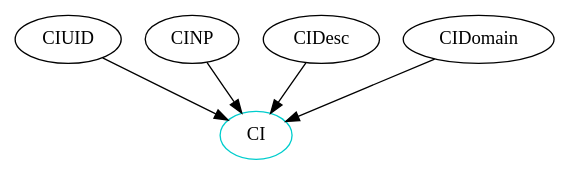
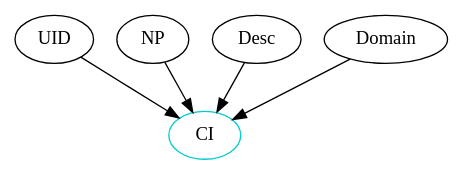
Before and after one commit to JacquesCarette/Drasil: the diagram in People/Anthony/Type_Dependency_Graphs/JoinedTypes/June_18_2021/CI.dot, drawn with Graphviz. The commit also changed 20 other files, not shown here.

```diff
--- a/People/Anthony/Type_Dependency_Graphs/JoinedTypes/June_18_2021/CI.dot
+++ b/People/Anthony/Type_Dependency_Graphs/JoinedTypes/June_18_2021/CI.dot
@@ -1,17 +1,17 @@
 digraph ci {
 	/* relationships between independent and dependent components */
-	CIUID -> CI;
-    CINP -> CI;
-    CIDesc -> CI;
-    CIDomain -> CI;
+	UID -> CI;
+    NP -> CI;
+    Desc -> CI;
+    Domain -> CI;
     
 	/* definitions for each type component */
 	CI 	    [shape=oval, color=cyan3, label="CI"];
     /*CIUID [shape=oval, color=cyan3, label="UID"];
     CINP [shape=oval, color=cyan3, label="Term (NP)"];
     CIDesc  [shape=oval, color=cyan3, label="Description (Sentence)"];
     CIDomain [shape=oval, color=cyan3, label="Domain ([UID])"];*/
 
 }
 
 /* dot -Tpng sample.dot -o sample.png */
```
